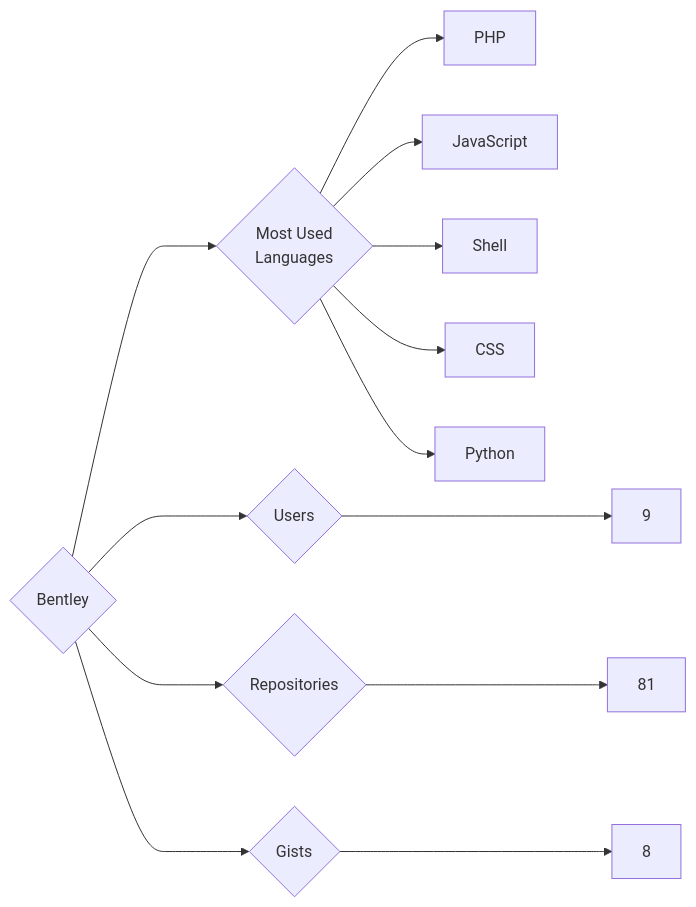
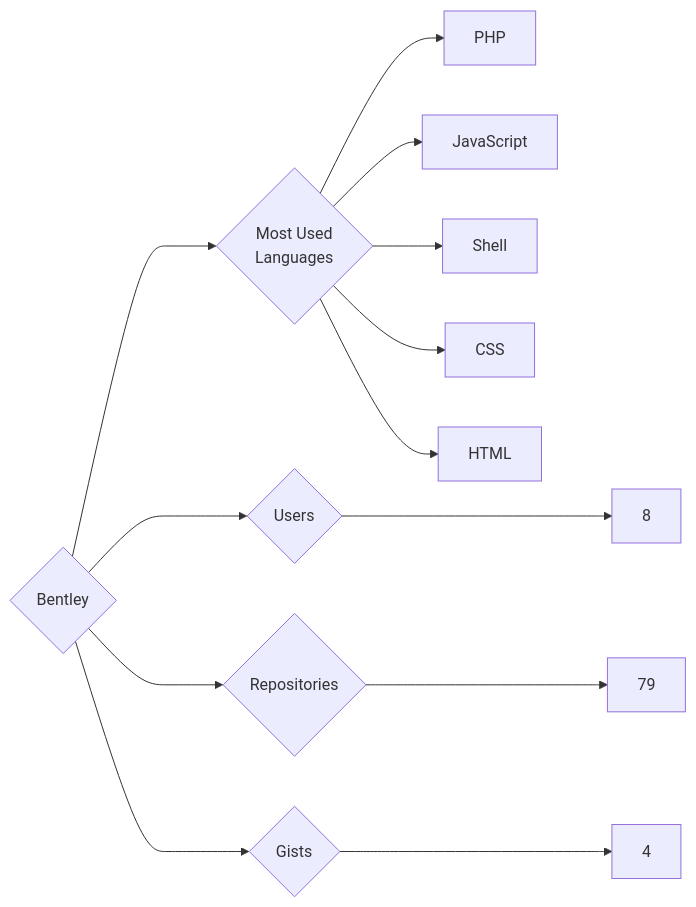
The diagram in targets/Bentley/README.md (trickest/insiders), drawn with Mermaid before and after one commit. The commit also changed 880 other files, not shown here.

````diff
--- a/targets/Bentley/README.md
+++ b/targets/Bentley/README.md
@@ -3,13 +3,13 @@
 ```mermaid
 graph LR
 COMPANY_NAME{Bentley}
-COMPANY_NAME ---> U{Users} ---> UN[9]
-COMPANY_NAME ---> R{Repositories} ---> RN[81]
-COMPANY_NAME ---> G{Gists} ---> GN[8]
+COMPANY_NAME ---> U{Users} ---> UN[8]
+COMPANY_NAME ---> R{Repositories} ---> RN[79]
+COMPANY_NAME ---> G{Gists} ---> GN[4]
 COMPANY_NAME ---> ML{Most Used<br>Languages}
 ML --> PHP[PHP]
 ML --> JavaScript[JavaScript]
 ML --> Shell[Shell]
 ML --> CSS[CSS]
-ML --> Python[Python]
+ML --> HTML[HTML]
 ```
````
